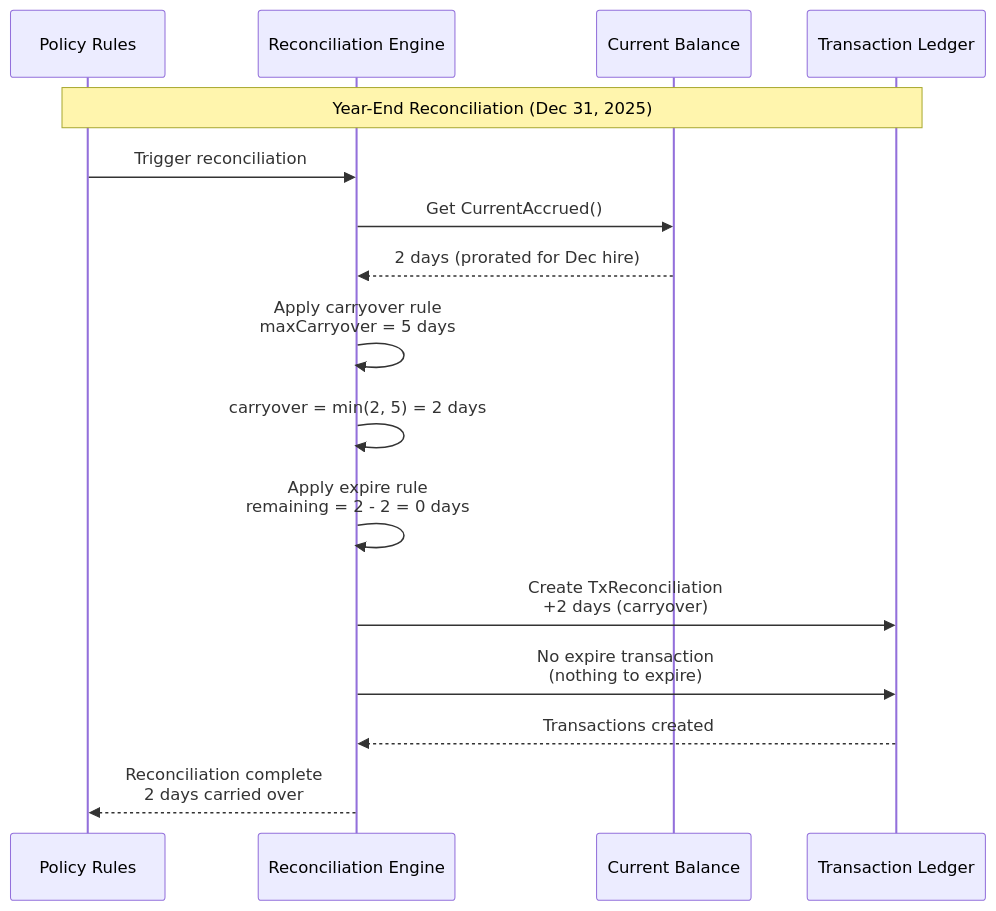
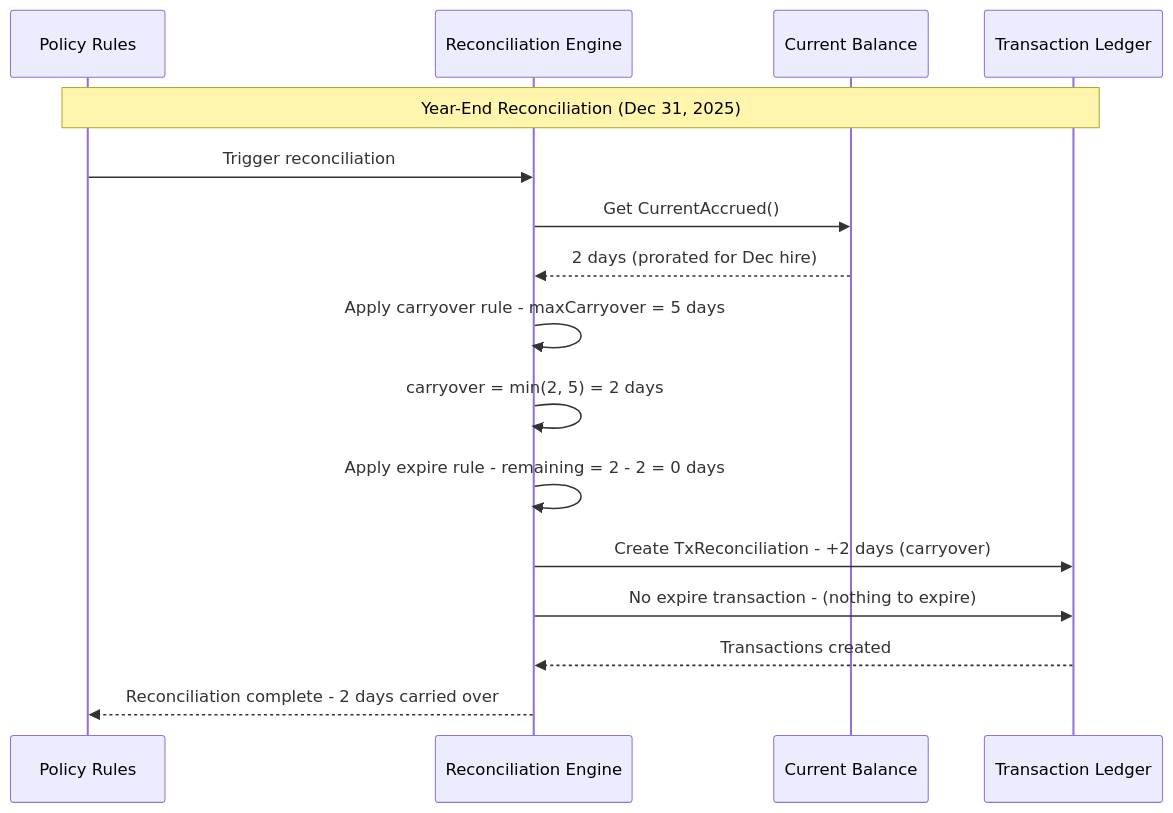
Diagram 11 of 22 in README.md (AntoineToussaint/timeoff), drawn with Mermaid before and after one commit. The commit also changed other lines of this file, not shown here.

First line of the commit message:
Fix Mermaid diagrams for GitHub rendering

````diff
--- a/README.md
+++ b/README.md
@@ -468,24 +438,24 @@
 ```mermaid
 sequenceDiagram
     participant Policy as Policy Rules
     participant Engine as Reconciliation Engine
     participant Balance as Current Balance
     participant Ledger as Transaction Ledger
     
     Note over Policy,Ledger: Year-End Reconciliation (Dec 31, 2025)
     
     Policy->>Engine: Trigger reconciliation
     Engine->>Balance: Get CurrentAccrued()
     Balance-->>Engine: 2 days (prorated for Dec hire)
     
-    Engine->>Engine: Apply carryover rule<br/>maxCarryover = 5 days
+    Engine->>Engine: Apply carryover rule - maxCarryover = 5 days
     Engine->>Engine: carryover = min(2, 5) = 2 days
     
-    Engine->>Engine: Apply expire rule<br/>remaining = 2 - 2 = 0 days
+    Engine->>Engine: Apply expire rule - remaining = 2 - 2 = 0 days
     
-    Engine->>Ledger: Create TxReconciliation<br/>+2 days (carryover)
-    Engine->>Ledger: No expire transaction<br/>(nothing to expire)
+    Engine->>Ledger: Create TxReconciliation - +2 days (carryover)
+    Engine->>Ledger: No expire transaction - (nothing to expire)
     
     Ledger-->>Engine: Transactions created
-    Engine-->>Policy: Reconciliation complete<br/>2 days carried over
+    Engine-->>Policy: Reconciliation complete - 2 days carried over
 ```
````
